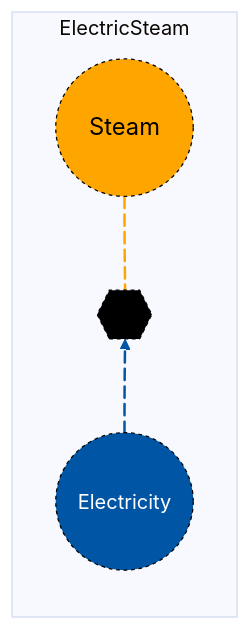
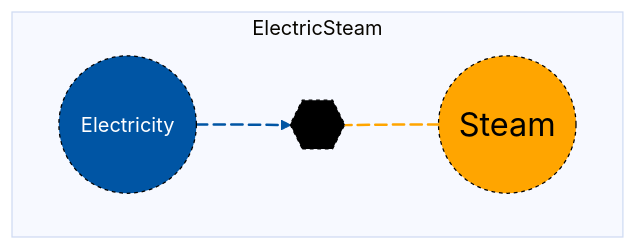
The diagram in docs/src/Manual/assets/electricsteam.md (acheng1757/MacroEnergy-Abbie.jl), drawn with Mermaid before and after one commit. The commit also changed 3 other files, not shown here.

Commit message:
Updated font size of graphs

````diff
--- a/docs/src/Manual/assets/electricsteam.md
+++ b/docs/src/Manual/assets/electricsteam.md
@@ -23,18 +23,18 @@
 ```mermaid
 %%{init: {'theme': 'base', 'themeVariables': { 'background': '#E2F0FF' }}}%%
 flowchart LR
   subgraph ElectricSteam
-  direction BT
+  direction LR
   A((Electricity)) e1@ --> B{{..}}
   B e2@ --> C((Steam))
   e1@{animate: true}
   e2@{animate: true}
  end
     style A r:55px,fill:#0055A4,stroke:black,color:white,stroke-dasharray: 3,5;
     style B r:55px,fill:black,stroke:black,color:black,stroke-dasharray: 3,5;
-    style C font-size:19px,r:55px,fill:#FFA500,stroke:black,color:black,stroke-dasharray: 3,5;
+    style C font-size:26px,r:55px,fill:#FFA500,stroke:black,color:black,stroke-dasharray: 3,5;
 
   linkStyle 0 stroke:#0055A4, stroke-width: 2px;
   linkStyle 1 stroke:#FFA500, stroke-width: 2px;
 
 ```
````
